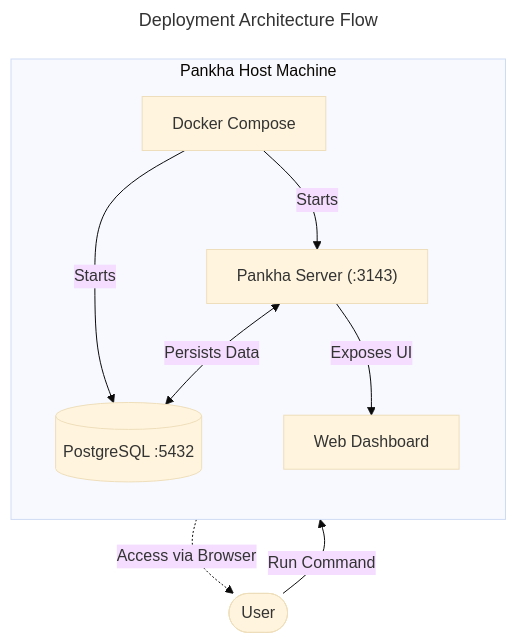
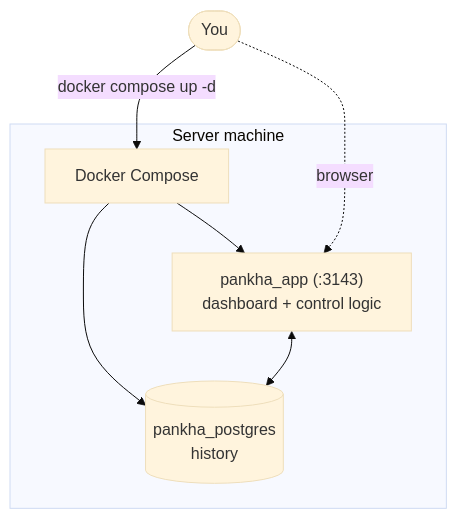
One commit to Anexgohan/pankha changed the diagram in documentation/public/wiki/Server-Installation.md. Above: the diagram before and after it, drawn with Mermaid (base theme). The commit also changed other lines of this file and 17 other files, not shown here.

First line of the commit message:
Enhance documentation for Pankha Fan Control

````diff
--- a/documentation/public/wiki/Server-Installation.md
+++ b/documentation/public/wiki/Server-Installation.md
@@ -29,18 +50,12 @@
 ```mermaid
----
-title: Deployment Architecture Flow
----
 graph TD
-    User([User]) -->|Run Command| Docker[Docker Compose]
-    
-    subgraph "Pankha Host Machine"
-        direction TB
-        Docker -->|Starts| Server["Pankha Server (:3143)"]
-        Docker -->|Starts| DB[(PostgreSQL :5432)]
-        
-        Server <-->|Persists Data| DB
-        Server -->|Exposes UI| Web[Web Dashboard]
+    User([You]) -->|docker compose up -d| Docker[Docker Compose]
+
+    subgraph "Server machine"
+        Docker --> App["pankha_app (:3143)<br/>dashboard + control logic"]
+        Docker --> DB[("pankha_postgres<br/>history")]
+        App <--> DB
     end
 
-    Web -.->|Access via Browser| User
+    User -.->|browser| App
 ```
````
